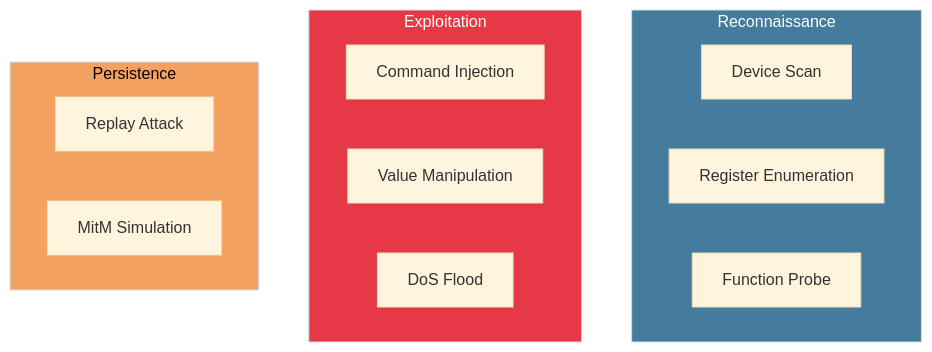
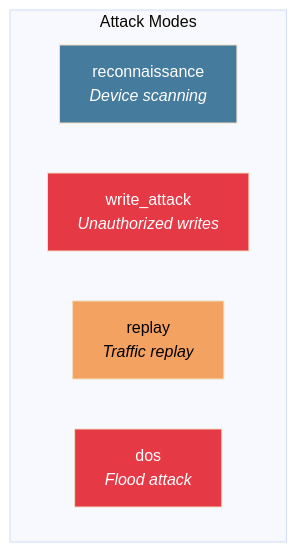
The first of 3 diagrams in packages/docs/docs/simulation/attack-scenarios.md (caverac/ics-anomaly-detection), drawn with Mermaid (base theme) before and after one commit. The commit also changed other lines of this file and 35 other files, not shown here.

````diff
--- a/packages/docs/docs/simulation/attack-scenarios.md
+++ b/packages/docs/docs/simulation/attack-scenarios.md
@@ -11,23 +13,14 @@
 ```mermaid
 flowchart TB
-    subgraph Reconnaissance["Reconnaissance"]
-        A1["Device Scan"]
-        A2["Register Enumeration"]
-        A3["Function Probe"]
+    subgraph Modes["Attack Modes"]
+        A1["reconnaissance<br/><i>Device scanning</i>"]
+        A2["write_attack<br/><i>Unauthorized writes</i>"]
+        A3["replay<br/><i>Traffic replay</i>"]
+        A4["dos<br/><i>Flood attack</i>"]
     end
 
-    subgraph Exploitation["Exploitation"]
-        A4["Command Injection"]
-        A5["Value Manipulation"]
-        A6["DoS Flood"]
-    end
-
-    subgraph Persistence["Persistence"]
-        A7["Replay Attack"]
-        A8["MitM Simulation"]
-    end
-
-    style Reconnaissance fill:#457b9d,color:#fff
-    style Exploitation fill:#e63946,color:#fff
-    style Persistence fill:#f4a261,color:#000
+    style A1 fill:#457b9d,color:#fff
+    style A2 fill:#e63946,color:#fff
+    style A3 fill:#f4a261,color:#000
+    style A4 fill:#e63946,color:#fff
 ```
````
